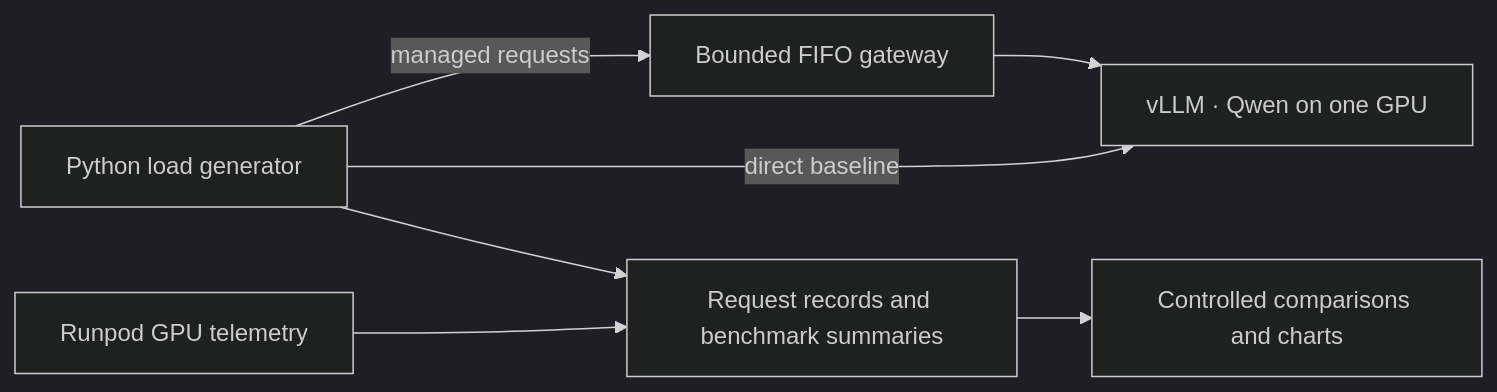
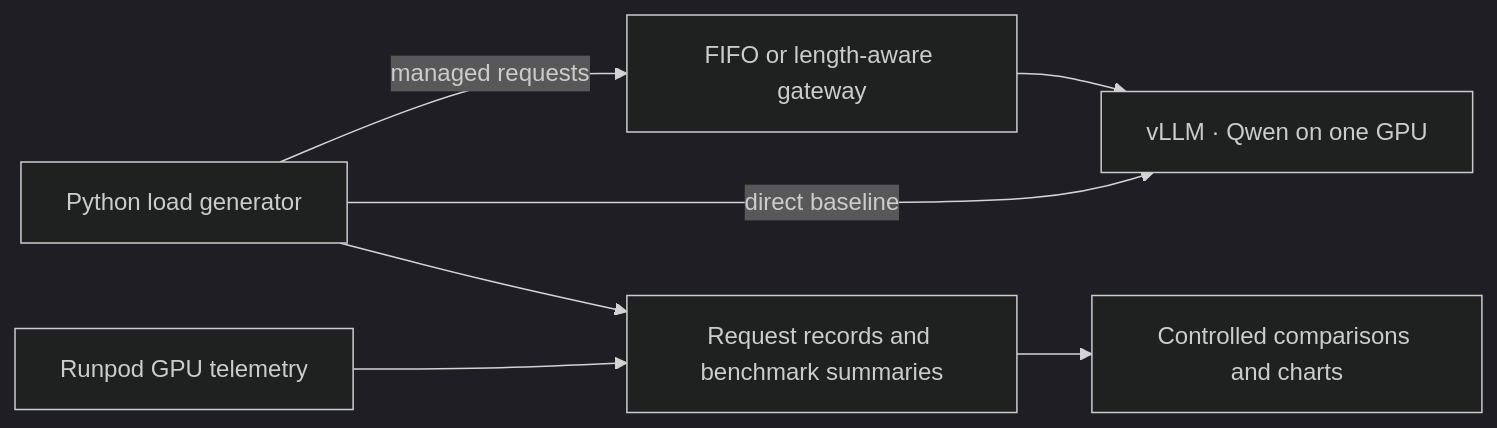
One commit to samir-sarwar/inference-load changed the diagram in README.md. Above: the diagram before and after it, drawn with Mermaid (dark theme). The commit also changed other lines of this file, not shown here.

````diff
--- a/README.md
+++ b/README.md
@@ -8,9 +9,9 @@
 ```mermaid
 flowchart LR
-    L[Python load generator] -->|managed requests| Q[Bounded FIFO gateway]
+    L[Python load generator] -->|managed requests| Q[FIFO or length-aware gateway]
     Q --> V[vLLM · Qwen on one GPU]
     L -->|direct baseline| V
     L --> R[Request records and benchmark summaries]
     G[Runpod GPU telemetry] --> R
     R --> A[Controlled comparisons and charts]
 ```
````
